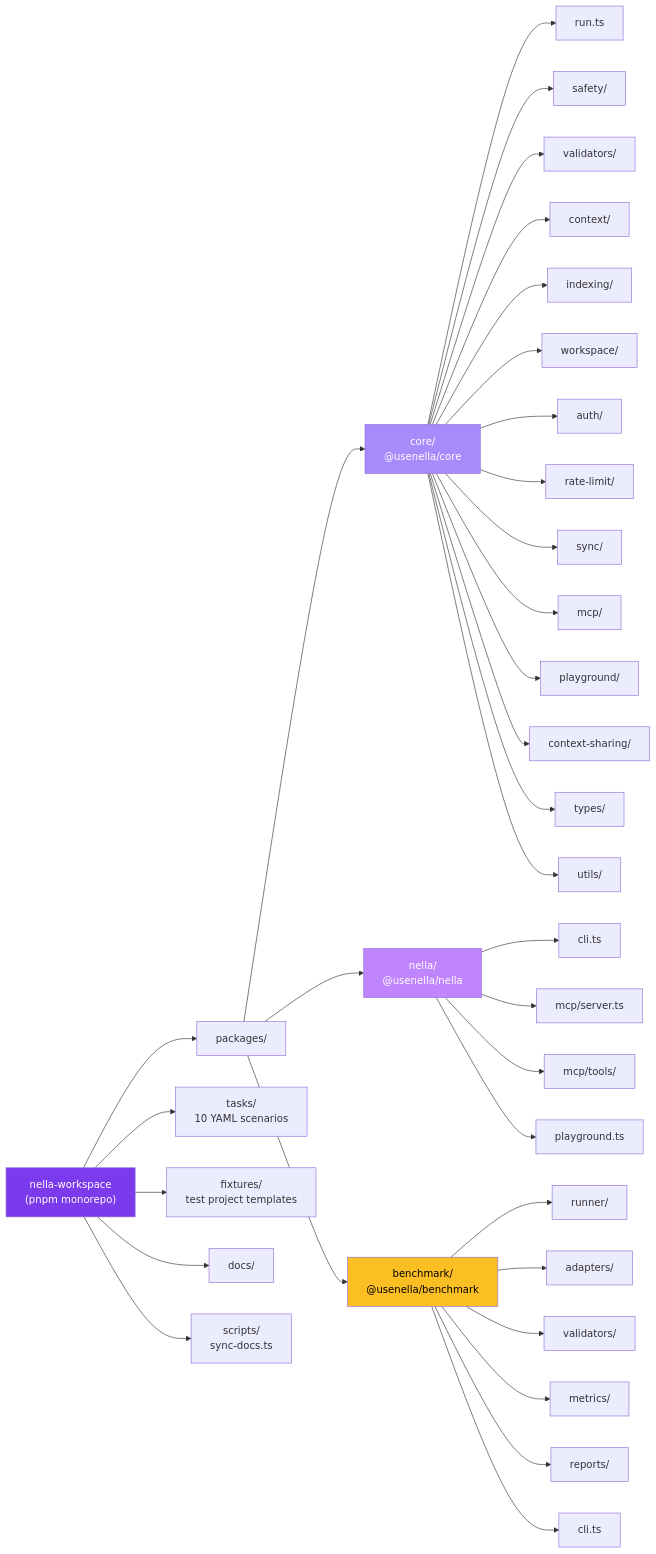
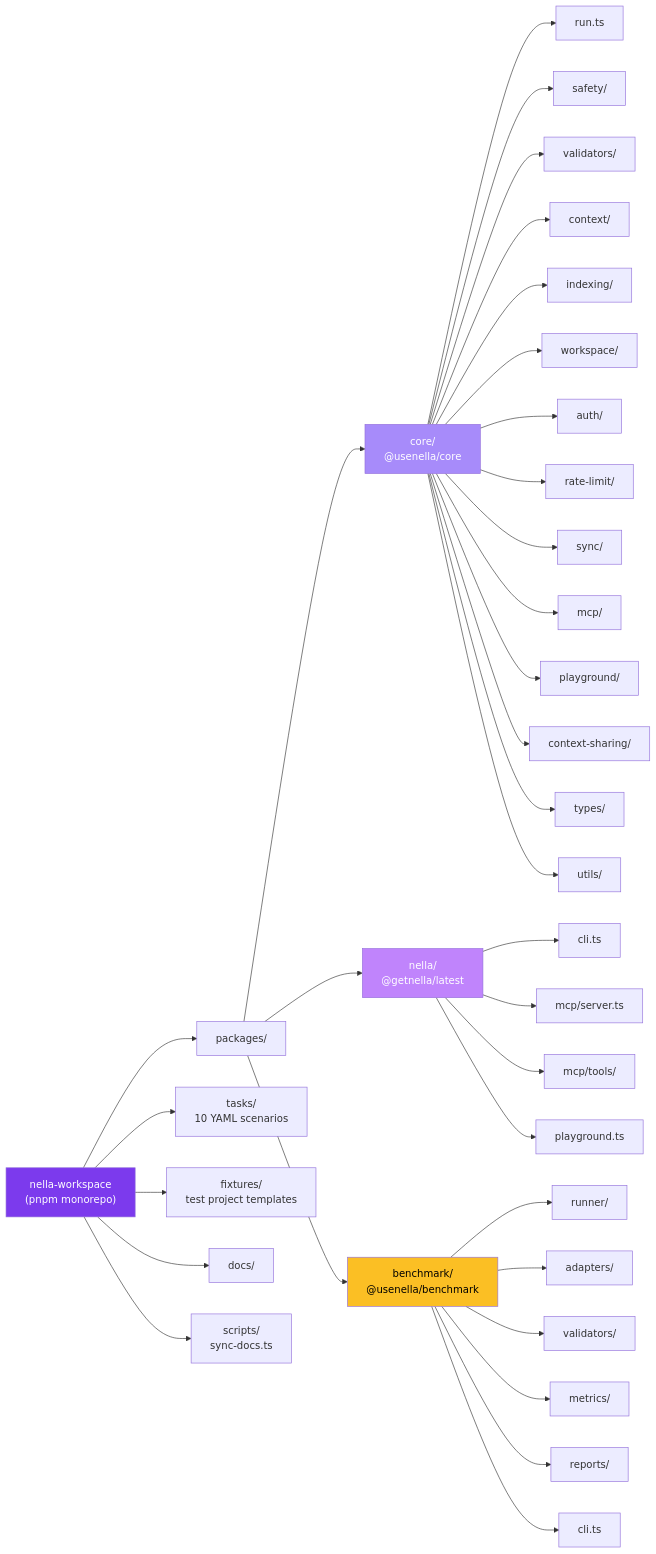
Before and after one commit to nella-labs/nella: the second of 24 diagrams in docs/architecture.md, drawn with Mermaid. The commit also changed other lines of this file and 34 other files, not shown here.

Commit message:
chore: rename package from @usenella/nella to @getnella/latest

````diff
--- a/docs/architecture.md
+++ b/docs/architecture.md
@@ -77,46 +77,46 @@
 ```mermaid
 graph LR
     Root["nella-workspace<br/>(pnpm monorepo)"]
 
     Root --> Packages["packages/"]
     Root --> Tasks["tasks/<br/>10 YAML scenarios"]
     Root --> Fixtures["fixtures/<br/>test project templates"]
     Root --> Docs["docs/"]
     Root --> Scripts["scripts/<br/>sync-docs.ts"]
 
     Packages --> Core["core/<br/>@usenella/core"]
-    Packages --> Nella["nella/<br/>@usenella/nella"]
+    Packages --> Nella["nella/<br/>@getnella/latest"]
     Packages --> Benchmark["benchmark/<br/>@usenella/benchmark"]
 
     Core --> C_Run["run.ts"]
     Core --> C_Safety["safety/"]
     Core --> C_Validators["validators/"]
     Core --> C_Context["context/"]
     Core --> C_Indexing["indexing/"]
     Core --> C_Workspace["workspace/"]
     Core --> C_Auth["auth/"]
     Core --> C_RateLimit["rate-limit/"]
     Core --> C_Sync["sync/"]
     Core --> C_MCP["mcp/"]
     Core --> C_Playground["playground/"]
     Core --> C_CtxShare["context-sharing/"]
     Core --> C_Types["types/"]
     Core --> C_Utils["utils/"]
 
     Nella --> N_CLI["cli.ts"]
     Nella --> N_MCP["mcp/server.ts"]
     Nella --> N_Tools["mcp/tools/"]
     Nella --> N_Play["playground.ts"]
 
     Benchmark --> B_Runner["runner/"]
     Benchmark --> B_Adapters["adapters/"]
     Benchmark --> B_Validators["validators/"]
     Benchmark --> B_Metrics["metrics/"]
     Benchmark --> B_Reports["reports/"]
     Benchmark --> B_CLI["cli.ts"]
 
     style Root fill:#7c3aed,color:#fff
     style Core fill:#a78bfa,color:#fff
     style Nella fill:#c084fc,color:#fff
     style Benchmark fill:#fbbf24,color:#000
 ```
````
